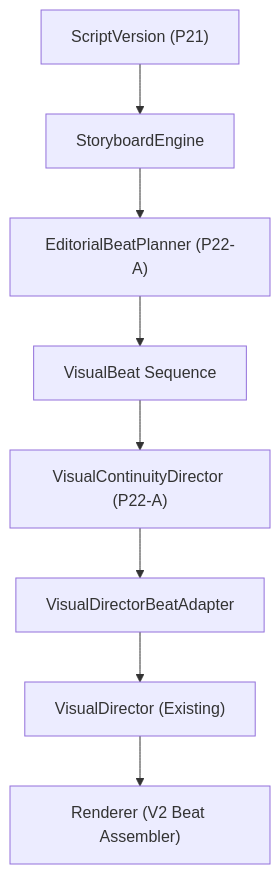
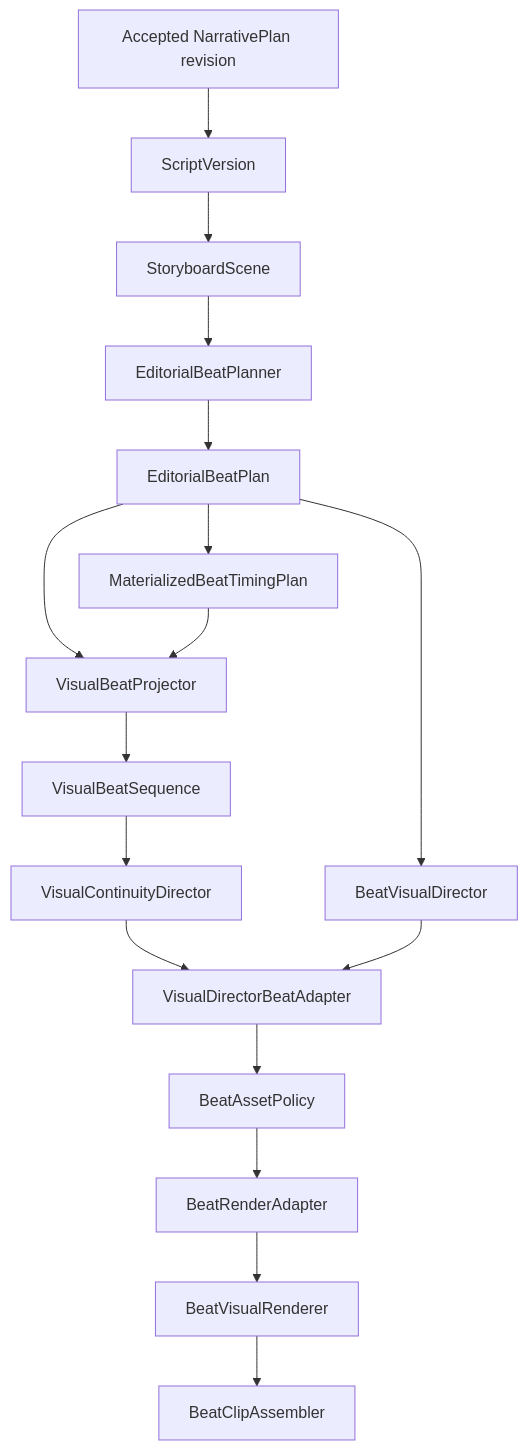
Before and after one commit to nguyenvantuan301207-sudo/OmegaContentEngine: the diagram in docs/p22_visual_architecture.md, drawn with Mermaid. The commit also changed other lines of this file and 7 other files, not shown here.

Commit message:
refactor(visual): unify editorial and visual beat authority

````diff
--- a/docs/p22_visual_architecture.md
+++ b/docs/p22_visual_architecture.md
@@ -7,10 +16,19 @@
 ```mermaid
 flowchart TD
-    ScriptVersion["ScriptVersion (P21)"] --> Storyboard["StoryboardEngine"]
-    Storyboard --> BeatPlanner["EditorialBeatPlanner (P22-A)"]
-    BeatPlanner --> VisualBeatSeq["VisualBeat Sequence"]
-    VisualBeatSeq --> ContinuityDirector["VisualContinuityDirector (P22-A)"]
-    ContinuityDirector --> Seam["VisualDirectorBeatAdapter"]
-    Seam --> VisualDirector["VisualDirector (Existing)"]
-    VisualDirector --> Renderer["Renderer (V2 Beat Assembler)"]
+    Narrative["Accepted NarrativePlan revision"] --> Script["ScriptVersion"]
+    Script --> Storyboard["StoryboardScene"]
+    Storyboard --> Planner["EditorialBeatPlanner"]
+    Planner --> Editorial["EditorialBeatPlan"]
+    Editorial --> Timing["MaterializedBeatTimingPlan"]
+    Editorial --> Projector["VisualBeatProjector"]
+    Timing --> Projector
+    Projector --> Visual["VisualBeatSequence"]
+    Visual --> Continuity["VisualContinuityDirector"]
+    Editorial --> Direction["BeatVisualDirector"]
+    Continuity --> Adapter["VisualDirectorBeatAdapter"]
+    Direction --> Adapter
+    Adapter --> AssetPolicy["BeatAssetPolicy"]
+    AssetPolicy --> RenderAdapter["BeatRenderAdapter"]
+    RenderAdapter --> Renderer["BeatVisualRenderer"]
+    Renderer --> Assembler["BeatClipAssembler"]
 ```
````
